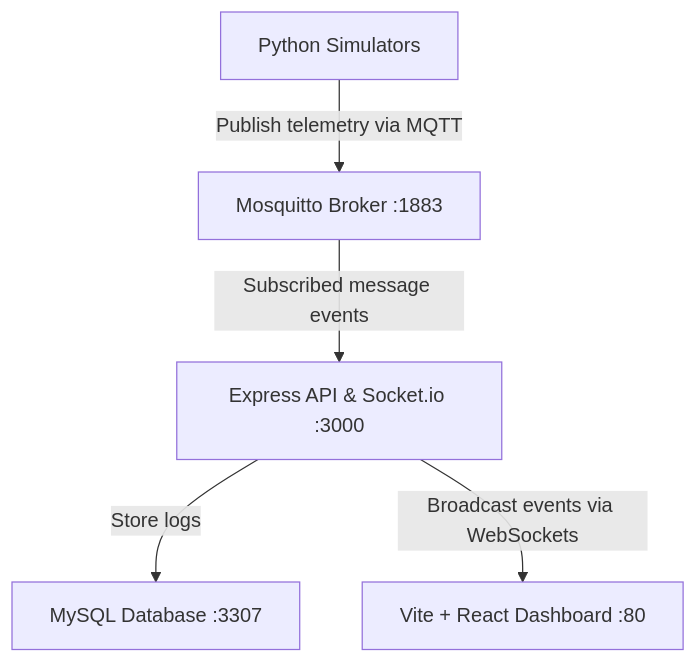
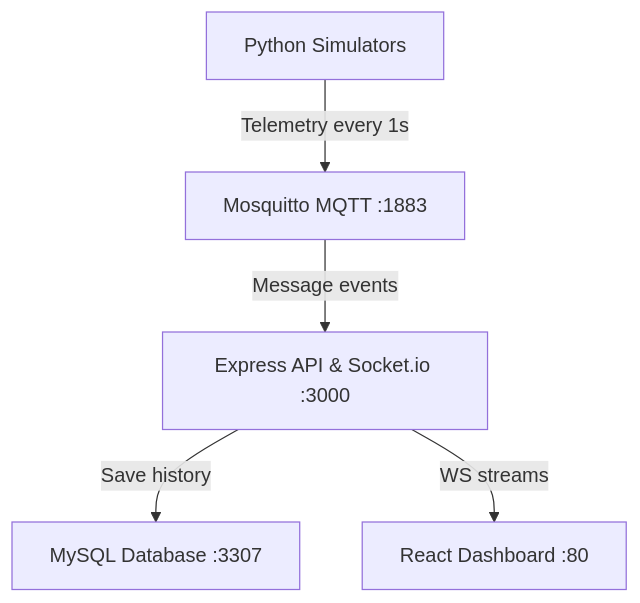
The diagram in README.md (abdelmoghit911/projet_iot), drawn with Mermaid before and after one commit. The commit also changed other lines of this file and 2 other files, not shown here.

````diff
--- a/README.md
+++ b/README.md
@@ -9,7 +9,7 @@
 ```mermaid
 graph TD
-    Simulators[Python Simulators] -- Publish telemetry via MQTT --> Mosquitto[Mosquitto Broker :1883]
-    Mosquitto -- Subscribed message events --> Backend[Express API & Socket.io :3000]
-    Backend -- Store logs --> MySQL[MySQL Database :3307]
-    Backend -- Broadcast events via WebSockets --> Frontend[Vite + React Dashboard :80]
+    Sims[Python Simulators] -- Telemetry every 1s --> Broker[Mosquitto MQTT :1883]
+    Broker -- Message events --> Backend[Express API & Socket.io :3000]
+    Backend -- Save history --> MySQL[MySQL Database :3307]
+    Backend -- WS streams --> Frontend[React Dashboard :80]
 ```
````
